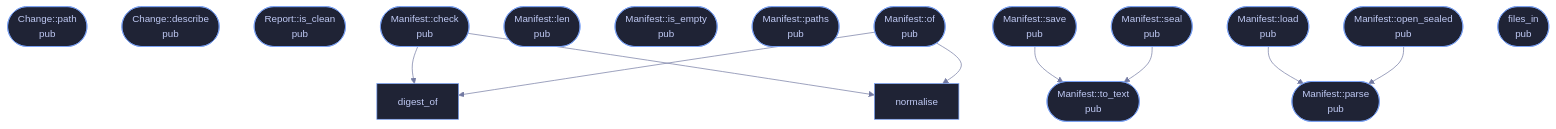
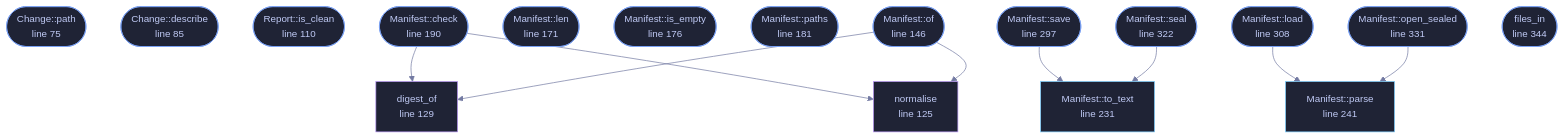
One commit to tilas01/veilvoice changed the diagram in docs/files/veilvoice-guard/manifest.md. Above: the diagram before and after it, drawn with Mermaid. The commit also changed other lines of this file and 182 other files, not shown here.

````diff
--- a/docs/files/veilvoice-guard/manifest.md
+++ b/docs/files/veilvoice-guard/manifest.md
@@ -52,29 +88,35 @@
 ```mermaid
 %%{init: {"theme":"base","themeVariables":{"background":"#1a1b26","primaryColor":"#1f2335","primaryTextColor":"#c0caf5","primaryBorderColor":"#7aa2f7","secondaryColor":"#16161e","tertiaryColor":"#16161e","lineColor":"#737aa2","textColor":"#c0caf5","mainBkg":"#1f2335","nodeBorder":"#7aa2f7","clusterBkg":"#16161e","clusterBorder":"#2f3549","fontFamily":"ui-monospace, SFMono-Regular, Consolas, monospace","fontSize":"14px"}}}%%
 flowchart TD
-    n_path(["Change::path<br/>pub"])
-    n_describe(["Change::describe<br/>pub"])
-    n_is_clean(["Report::is_clean<br/>pub"])
-    n_normalise["normalise"]
-    n_digest_of["digest_of"]
-    n_of(["Manifest::of<br/>pub"])
-    n_len(["Manifest::len<br/>pub"])
-    n_is_empty(["Manifest::is_empty<br/>pub"])
-    n_paths(["Manifest::paths<br/>pub"])
-    n_check(["Manifest::check<br/>pub"])
-    n_to_text(["Manifest::to_text<br/>pub"])
-    n_parse(["Manifest::parse<br/>pub"])
-    n_save(["Manifest::save<br/>pub"])
-    n_load(["Manifest::load<br/>pub"])
-    n_seal(["Manifest::seal<br/>pub"])
-    n_open_sealed(["Manifest::open_sealed<br/>pub"])
-    n_files_in(["files_in<br/>pub"])
+    n_path(["Change::path<br/>line 75"])
+    n_describe(["Change::describe<br/>line 85"])
+    n_is_clean(["Report::is_clean<br/>line 110"])
+    n_normalise["normalise<br/>line 125"]
+    n_digest_of["digest_of<br/>line 129"]
+    n_of(["Manifest::of<br/>line 146"])
+    n_len(["Manifest::len<br/>line 171"])
+    n_is_empty(["Manifest::is_empty<br/>line 176"])
+    n_paths(["Manifest::paths<br/>line 181"])
+    n_check(["Manifest::check<br/>line 190"])
+    n_to_text["Manifest::to_text<br/>line 231"]
+    n_parse["Manifest::parse<br/>line 241"]
+    n_save(["Manifest::save<br/>line 297"])
+    n_load(["Manifest::load<br/>line 308"])
+    n_seal(["Manifest::seal<br/>line 322"])
+    n_open_sealed(["Manifest::open_sealed<br/>line 331"])
+    n_files_in(["files_in<br/>line 344"])
     n_check --> n_digest_of
     n_check --> n_normalise
     n_load --> n_parse
     n_of --> n_digest_of
     n_of --> n_normalise
     n_open_sealed --> n_parse
     n_save --> n_to_text
     n_seal --> n_to_text
+    classDef entry fill:#1f2335,stroke:#7aa2f7,color:#c0caf5
+    class n_path,n_describe,n_is_clean,n_of,n_len,n_is_empty,n_paths,n_check,n_save,n_load,n_seal,n_open_sealed,n_files_in entry
+    classDef api fill:#1f2335,stroke:#7dcfff,color:#c0caf5
+    class n_to_text,n_parse api
+    classDef helper fill:#1f2335,stroke:#bb9af7,color:#c0caf5
+    class n_normalise,n_digest_of helper
 ```
````
